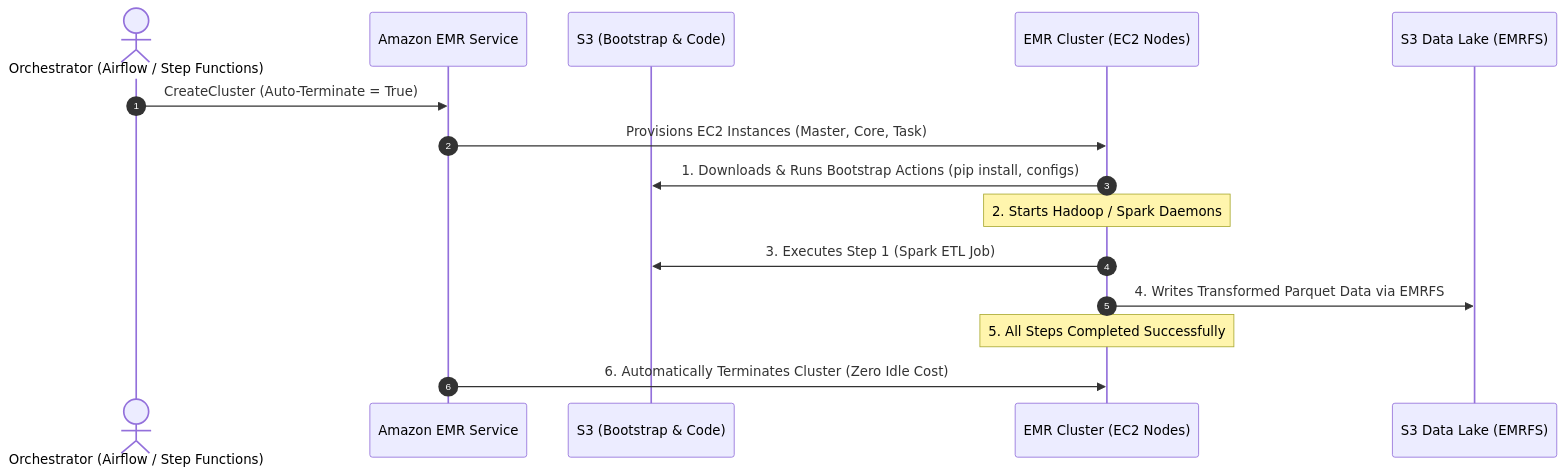
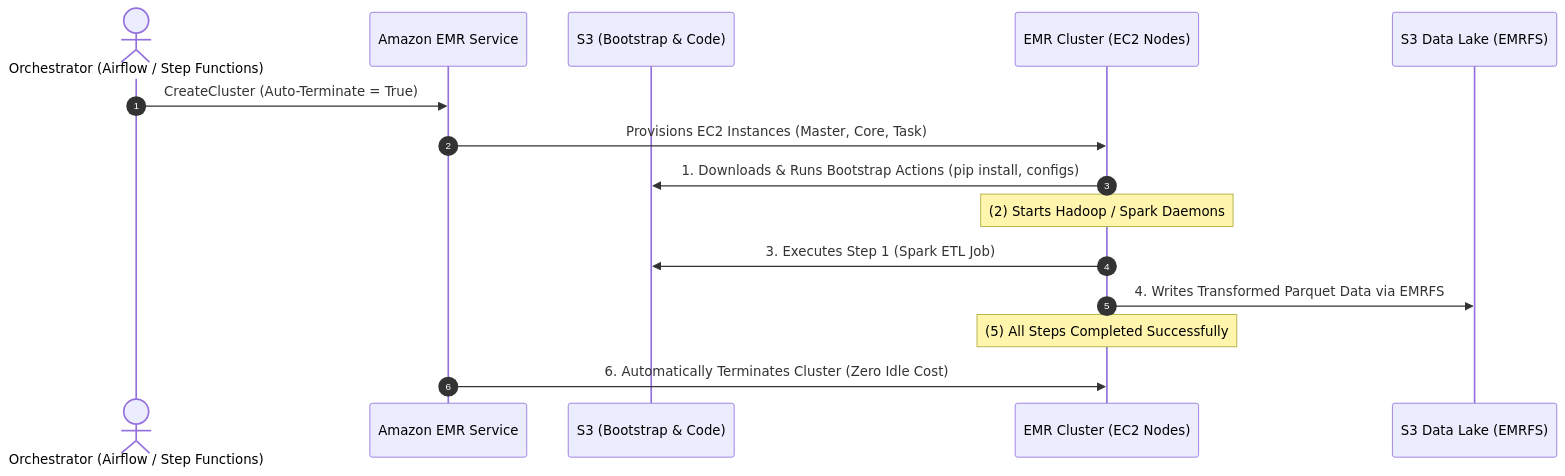
The first of 2 diagrams in content/en/02-services/analytics-streaming/emr/emr-lifecycle-and-cost.md (Wathon/aws-dea-c01-note), drawn with Mermaid before and after one commit. The commit also changed other lines of this file and 49 other files, not shown here.

Commit message:
Fix 'Unsupported markdown: list' Mermaid rendering issues across all English and Burmese notes

````diff
--- a/content/en/02-services/analytics-streaming/emr/emr-lifecycle-and-cost.md
+++ b/content/en/02-services/analytics-streaming/emr/emr-lifecycle-and-cost.md
@@ -32,18 +32,18 @@
 ```mermaid
 sequenceDiagram
     autonumber
     actor Pipeline as Orchestrator (Airflow / Step Functions)
     participant EMRService as Amazon EMR Service
     participant S3Scripts as S3 (Bootstrap & Code)
     participant ClusterNodes as EMR Cluster (EC2 Nodes)
     participant S3Lake as S3 Data Lake (EMRFS)
 
     Pipeline->>EMRService: CreateCluster (Auto-Terminate = True)
     EMRService->>ClusterNodes: Provisions EC2 Instances (Master, Core, Task)
     ClusterNodes->>S3Scripts: 1. Downloads & Runs Bootstrap Actions (pip install, configs)
-    Note over ClusterNodes: 2. Starts Hadoop / Spark Daemons
+    Note over ClusterNodes: (2) Starts Hadoop / Spark Daemons
     ClusterNodes->>S3Scripts: 3. Executes Step 1 (Spark ETL Job)
     ClusterNodes->>S3Lake: 4. Writes Transformed Parquet Data via EMRFS
-    Note over ClusterNodes: 5. All Steps Completed Successfully
+    Note over ClusterNodes: (5) All Steps Completed Successfully
     EMRService->>ClusterNodes: 6. Automatically Terminates Cluster (Zero Idle Cost)
 ```
````
